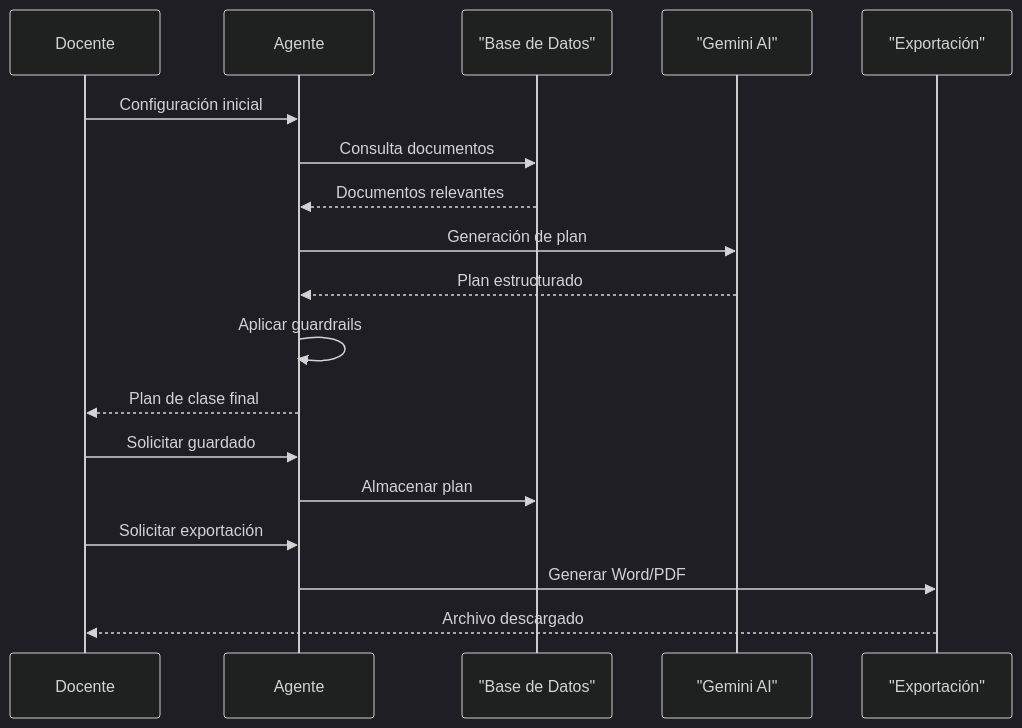
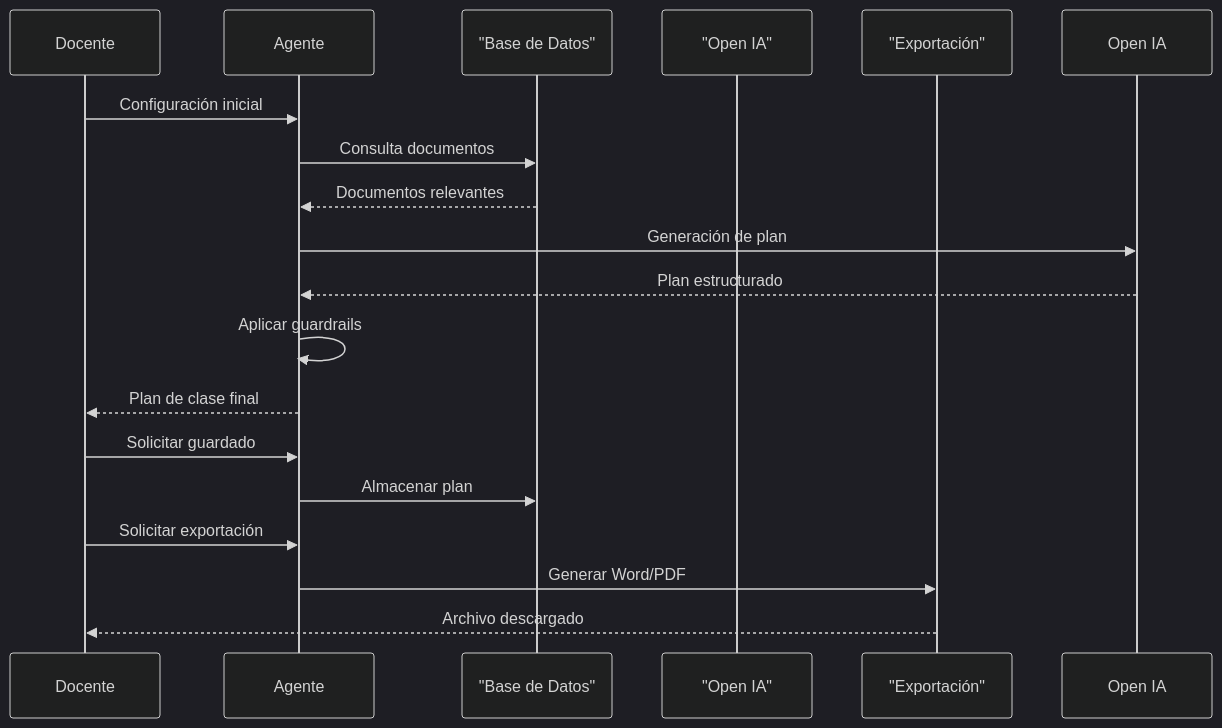
The second of 6 diagrams in README.md (Curriaga2002/tutor-agente-ia), drawn with Mermaid (dark theme) before and after one commit. The commit also changed other lines of this file, not shown here.

````diff
--- a/README.md
+++ b/README.md
@@ -102,24 +104,24 @@
 ```mermaid
 sequenceDiagram
     participant Docente
     participant Agente
     participant BaseDeDatos as "Base de Datos"
-    participant Gemini as "Gemini AI"
+    participant Gemini as "Open IA"
     participant Exportacion as "Exportación"
 
     Docente ->> Agente: Configuración inicial
     Agente ->> BaseDeDatos: Consulta documentos
     BaseDeDatos -->> Agente: Documentos relevantes
-    Agente ->> Gemini: Generación de plan
-    Gemini -->> Agente: Plan estructurado
+    Agente ->> Open IA: Generación de plan
+    Open IA -->> Agente: Plan estructurado
     Agente ->> Agente: Aplicar guardrails
     Agente -->> Docente: Plan de clase final
 
     Docente ->> Agente: Solicitar guardado
     Agente ->> BaseDeDatos: Almacenar plan
 
     Docente ->> Agente: Solicitar exportación
     Agente ->> Exportacion: Generar Word/PDF
     Exportacion -->> Docente: Archivo descargado
 
 ```
````
